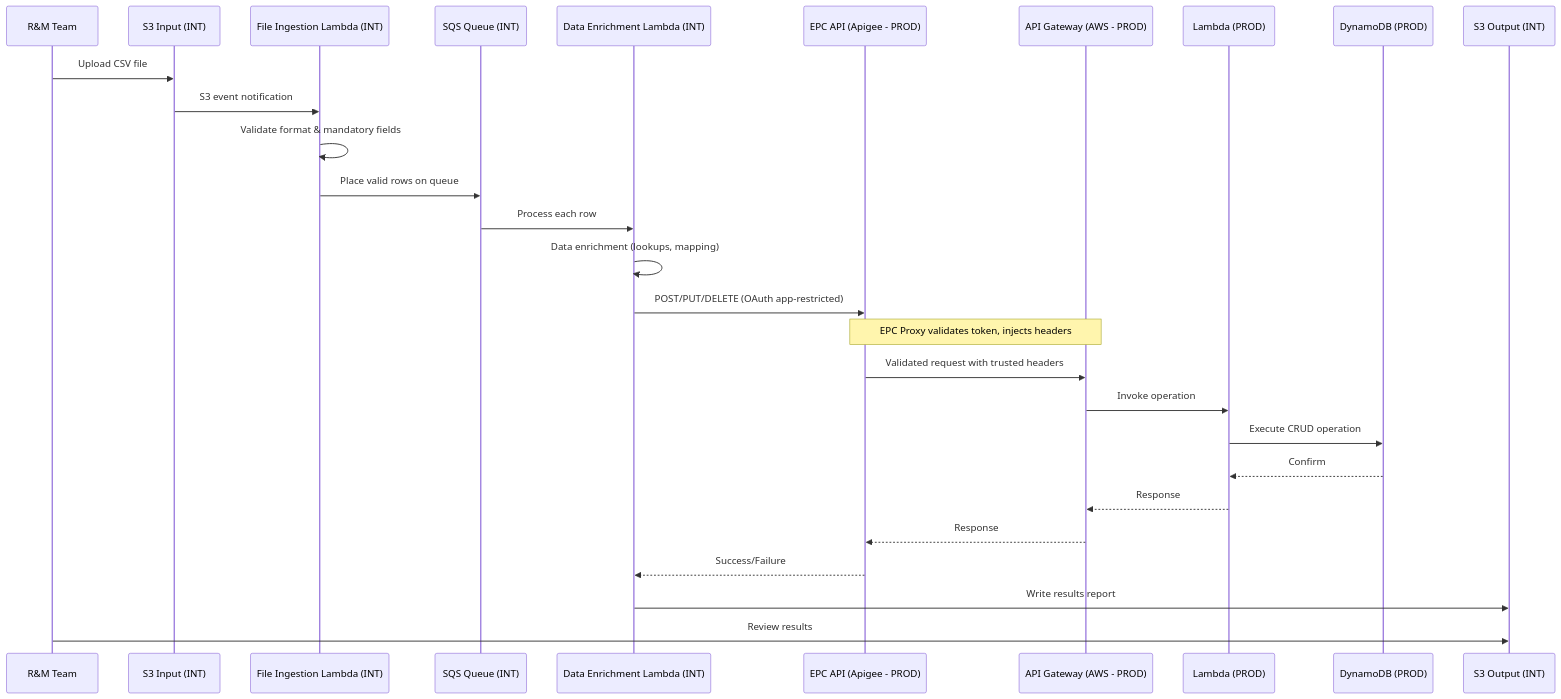
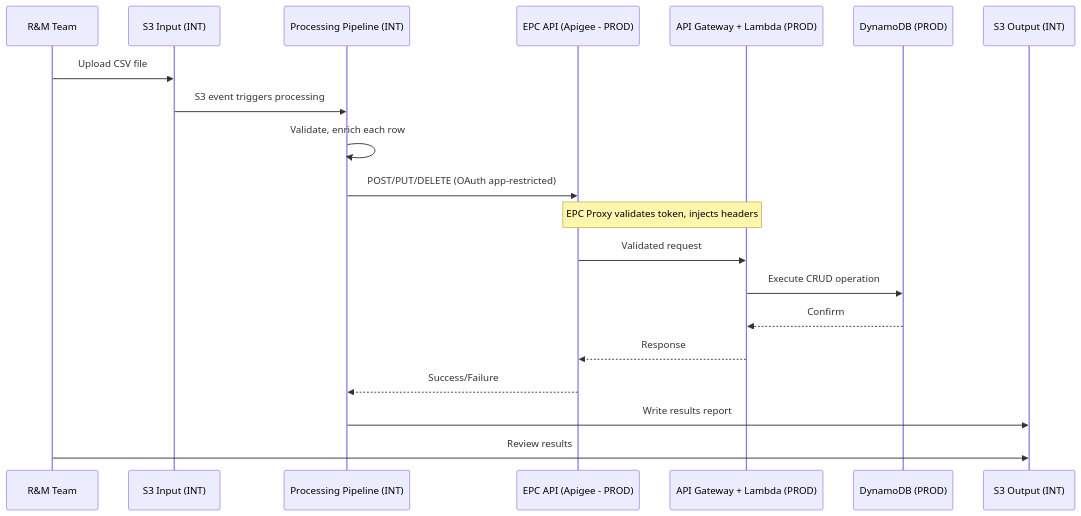
Before and after one commit to RichardWardNHSD/epc-work: the fourth of 5 diagrams in Documents/architecture.md, drawn with Mermaid. The commit also changed other lines of this file, not shown here.

````diff
--- a/Documents/architecture.md
+++ b/Documents/architecture.md
@@ -396,31 +335,23 @@
 ```mermaid
 sequenceDiagram
     participant RM as R&M Team
     participant S3_IN as S3 Input (INT)
-    participant INGEST as File Ingestion Lambda (INT)
-    participant SQS as SQS Queue (INT)
-    participant ENRICH as Data Enrichment Lambda (INT)
+    participant Pipeline as Processing Pipeline (INT)
     participant EPC_API as EPC API (Apigee - PROD)
-    participant APIGW as API Gateway (AWS - PROD)
-    participant Lambda as Lambda (PROD)
+    participant Backend as API Gateway + Lambda (PROD)
     participant DDB as DynamoDB (PROD)
     participant S3_OUT as S3 Output (INT)
 
     RM->>S3_IN: Upload CSV file
-    S3_IN->>INGEST: S3 event notification
-    INGEST->>INGEST: Validate format & mandatory fields
-    INGEST->>SQS: Place valid rows on queue
-    SQS->>ENRICH: Process each row
-    ENRICH->>ENRICH: Data enrichment (lookups, mapping)
-    ENRICH->>EPC_API: POST/PUT/DELETE (OAuth app-restricted)
-    Note over EPC_API,APIGW: EPC Proxy validates token, injects headers
-    EPC_API->>APIGW: Validated request with trusted headers
-    APIGW->>Lambda: Invoke operation
-    Lambda->>DDB: Execute CRUD operation
-    DDB-->>Lambda: Confirm
-    Lambda-->>APIGW: Response
-    APIGW-->>EPC_API: Response
-    EPC_API-->>ENRICH: Success/Failure
-    ENRICH->>S3_OUT: Write results report
+    S3_IN->>Pipeline: S3 event triggers processing
+    Pipeline->>Pipeline: Validate, enrich each row
+    Pipeline->>EPC_API: POST/PUT/DELETE (OAuth app-restricted)
+    Note over EPC_API,Backend: EPC Proxy validates token, injects headers
+    EPC_API->>Backend: Validated request
+    Backend->>DDB: Execute CRUD operation
+    DDB-->>Backend: Confirm
+    Backend-->>EPC_API: Response
+    EPC_API-->>Pipeline: Success/Failure
+    Pipeline->>S3_OUT: Write results report
     RM->>S3_OUT: Review results
 ```
````
